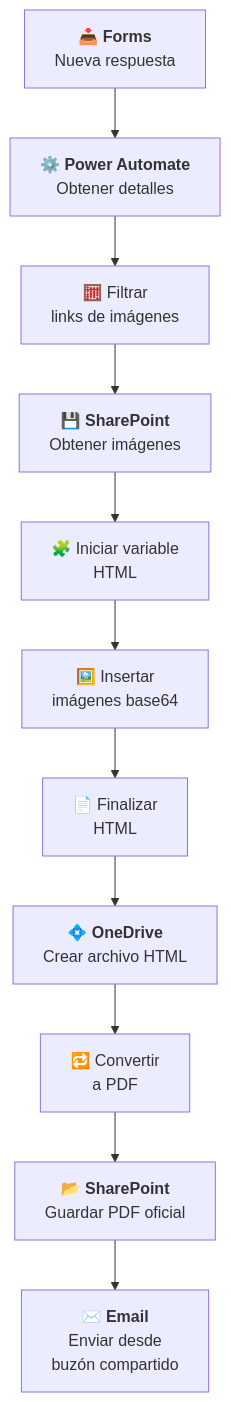
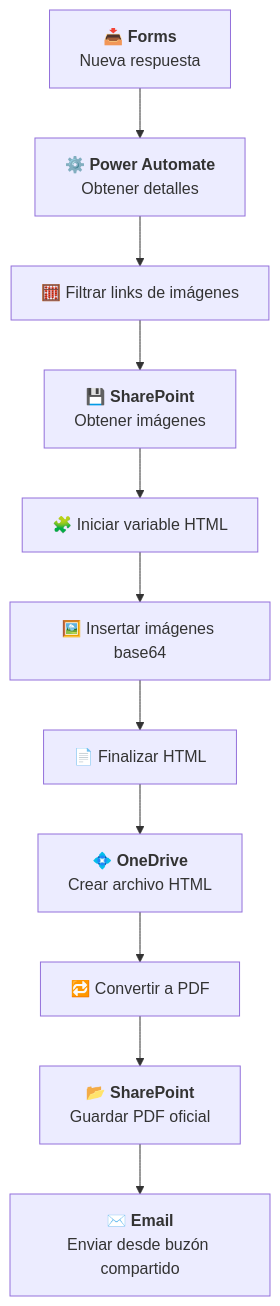
The diagram in 2024_PowerAutomate_automatizacion_lab/readme.md (daianaagustini/Portfolio_PowerBI), drawn with Mermaid before and after one commit. The commit also changed other lines of this file and 1 other file, not shown here.

Commit message:
screenshots

````diff
--- a/2024_PowerAutomate_automatizacion_lab/readme.md
+++ b/2024_PowerAutomate_automatizacion_lab/readme.md
@@ -8,14 +8,14 @@
 ```mermaid
 flowchart TB
   A["📥 <b>Forms</b><br>Nueva respuesta"] --> B["⚙️ <b>Power Automate</b><br>Obtener detalles"]
-  B --> C["🧮 Filtrar<br>links de imágenes"]
+  B --> C["🧮 Filtrar links de imágenes"]
   C --> D["💾 <b>SharePoint</b><br>Obtener imágenes"]
-  D --> E["🧩 Iniciar variable<br>HTML"]
-  E --> F["🖼️ Insertar<br>imágenes base64"]
-  F --> G["📄 Finalizar<br>HTML"]
+  D --> E["🧩 Iniciar variable HTML"]
+  E --> F["🖼️ Insertar imágenes base64"]
+  F --> G["📄 Finalizar HTML"]
   G --> H["💠 <b>OneDrive</b><br>Crear archivo HTML"]
-  H --> I["🔁 Convertir<br>a PDF"]
+  H --> I["🔁 Convertir a PDF"]
   I --> J["📂 <b>SharePoint</b><br>Guardar PDF oficial"]
-  J --> K["✉️ <b>Email</b><br>Enviar desde<br>buzón compartido"]
+  J --> K["✉️ <b>Email</b><br>Enviar desde buzón compartido"]
 
 ```
````
